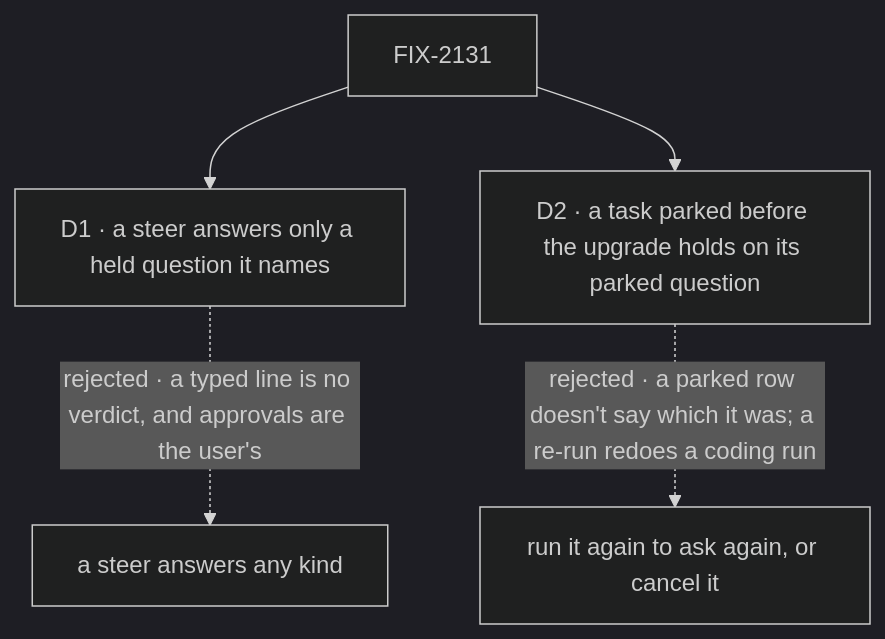
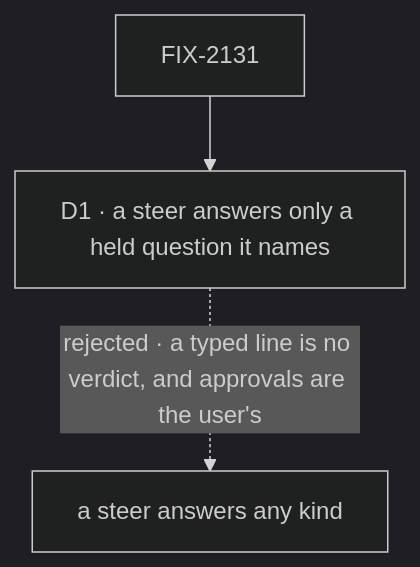
The diagram in specs/issues/FIX-2131/DECISIONS.md (fixpoint-labs/flow-state-dev), drawn with Mermaid (dark theme) before and after one commit. The commit also changed other lines of this file and 1 other file, not shown here.

First line of the commit message:
spec(FIX-2131): owner reset — no parked-row map entries, no migrated-question allowance

````diff
--- a/specs/issues/FIX-2131/DECISIONS.md
+++ b/specs/issues/FIX-2131/DECISIONS.md
@@ -13,7 +13,5 @@
 ```mermaid
 flowchart TD
   I["FIX-2131"] --> D1["D1 · a steer answers only a held question it names"]
   D1 -.->|"rejected · a typed line is no verdict, and approvals are the user's"| X1["a steer answers any kind"]
-  I --> D2["D2 · a task parked before the upgrade holds on its parked question"]
-  D2 -.->|"rejected · a parked row doesn't say which it was; a re-run redoes a coding run"| X2["run it again to ask again, or cancel it"]
 ```
````
